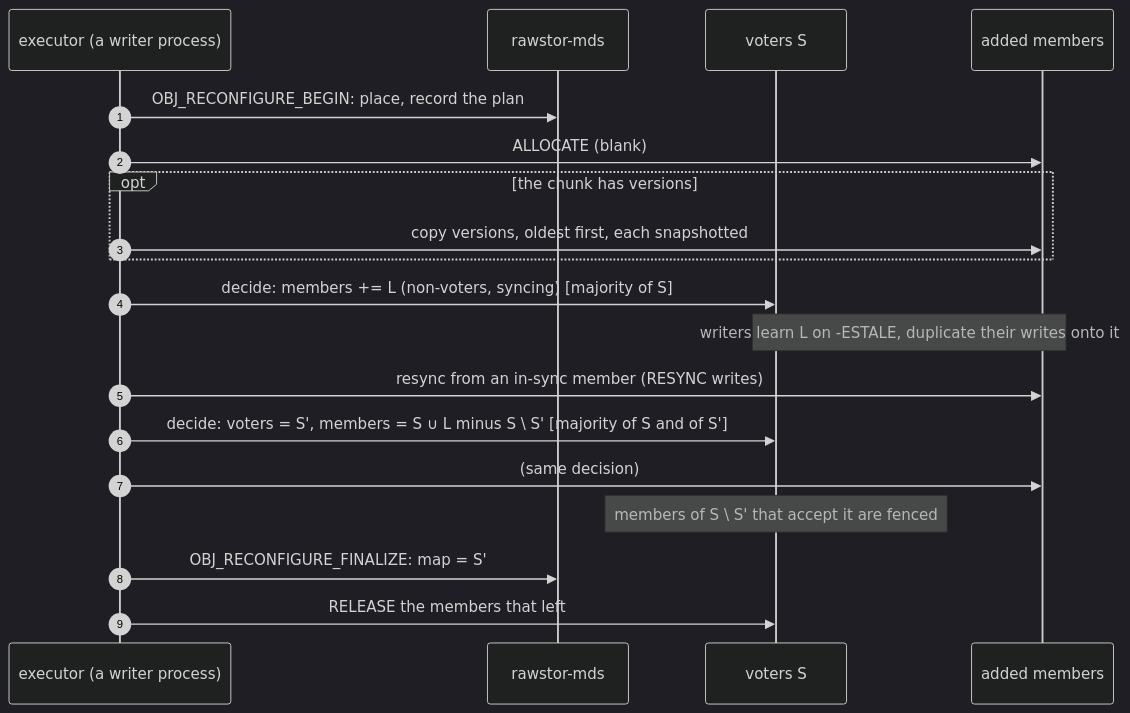
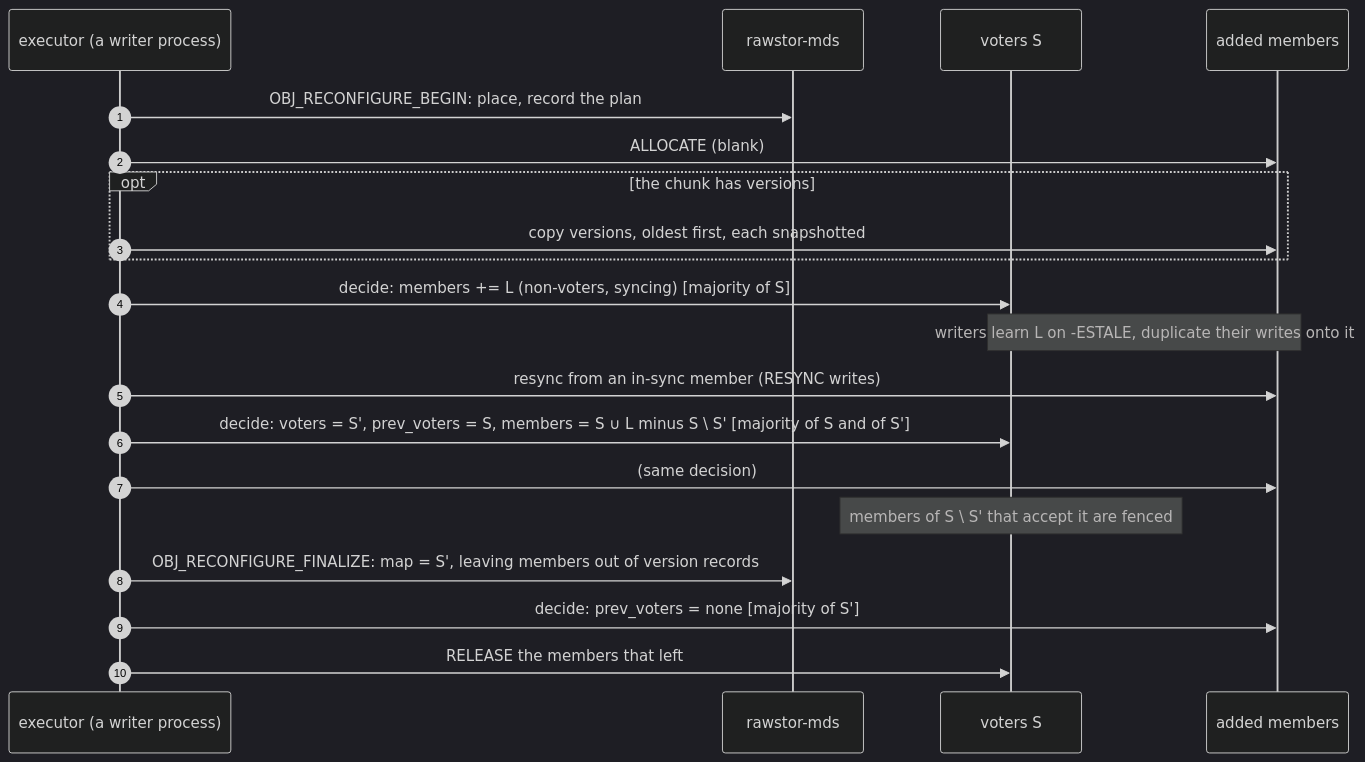
The diagram in docs/migration.md (rawstor/librawstor), drawn with Mermaid (dark theme) before and after one commit. The commit also changed other lines of this file, not shown here.

````diff
--- a/docs/migration.md
+++ b/docs/migration.md
@@ -164,21 +182,22 @@
 ```mermaid
 sequenceDiagram
     autonumber
     participant X as executor (a writer process)
     participant M as rawstor-mds
     participant S as voters S
     participant L as added members
     X->>M: OBJ_RECONFIGURE_BEGIN: place, record the plan
     X->>L: ALLOCATE (blank)
     opt the chunk has versions
         X->>L: copy versions, oldest first, each snapshotted
     end
     X->>S: decide: members += L (non-voters, syncing)   [majority of S]
     Note over S,L: writers learn L on -ESTALE, duplicate their writes onto it
     X->>L: resync from an in-sync member (RESYNC writes)
-    X->>S: decide: voters = S', members = S ∪ L minus S \ S'   [majority of S and of S']
+    X->>S: decide: voters = S', prev_voters = S, members = S ∪ L minus S \ S'   [majority of S and of S']
     X->>L: (same decision)
     Note over S: members of S \ S' that accept it are fenced
-    X->>M: OBJ_RECONFIGURE_FINALIZE: map = S'
+    X->>M: OBJ_RECONFIGURE_FINALIZE: map = S', leaving members out of version records
+    X->>L: decide: prev_voters = none   [majority of S']
     X->>S: RELEASE the members that left
 ```
````
